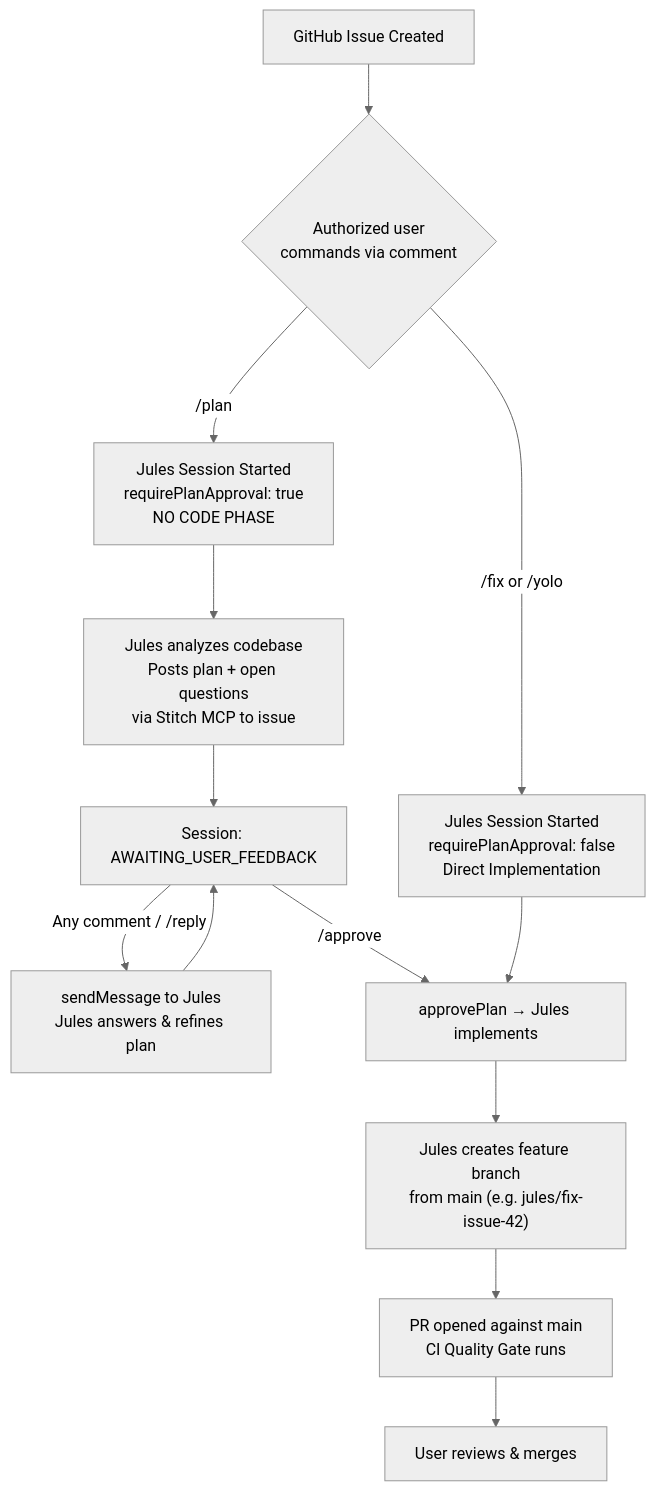
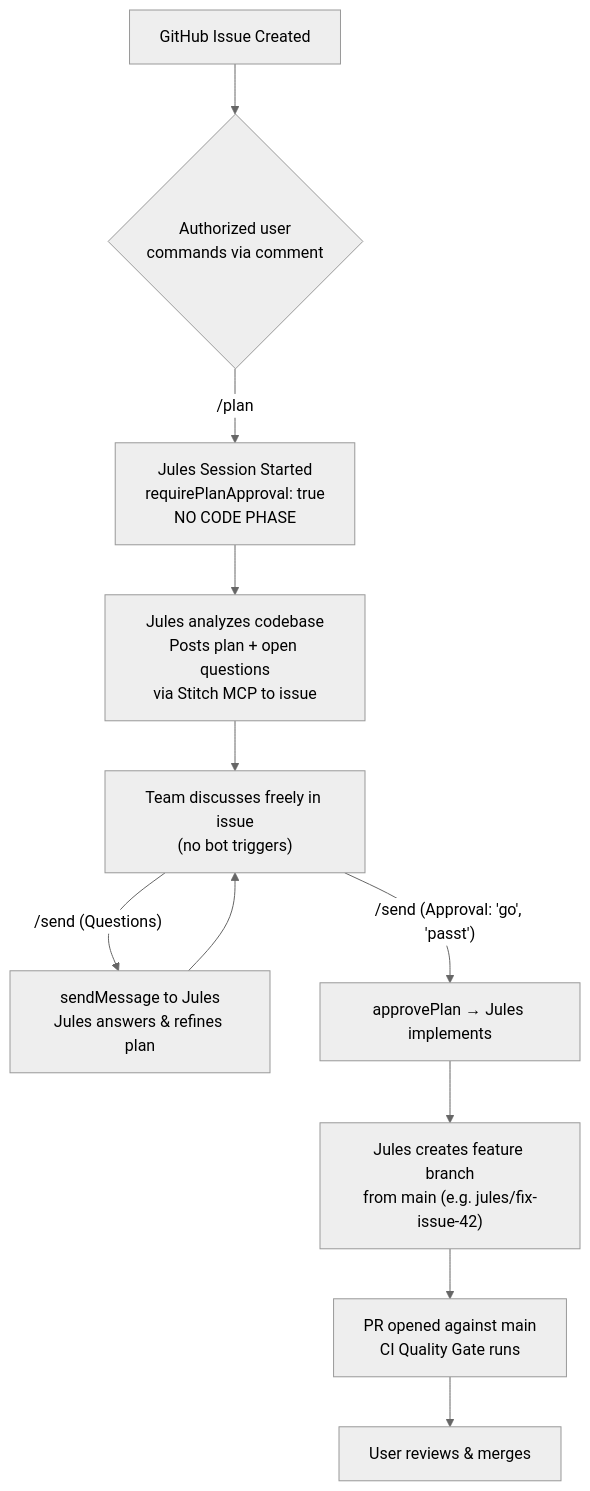
One commit to suitably/LocalGameGalaxy changed the diagram in docs/workflows/jules-pipeline-workflow.md. Above: the diagram before and after it, drawn with Mermaid (neutral theme). The commit also changed other lines of this file and 1 other file, not shown here.

Commit message:
feat(jules): simplify commands to /plan and /send with auto-approval detection

````diff
--- a/docs/workflows/jules-pipeline-workflow.md
+++ b/docs/workflows/jules-pipeline-workflow.md
@@ -18,18 +18,15 @@
 ```mermaid
 flowchart TD
     Issue["GitHub Issue Created"] --> Trigger{"Authorized user\ncommands via comment"}
     
     Trigger -->|/plan| PlanSession["Jules Session Started\nrequirePlanApproval: true\nNO CODE PHASE"]
     PlanSession --> JulesAnalyzes["Jules analyzes codebase\nPosts plan + open questions\nvia Stitch MCP to issue"]
-    JulesAnalyzes --> Waiting["Session: AWAITING_USER_FEEDBACK"]
-    Waiting -->|"Any comment / /reply"| SendMsg["sendMessage to Jules\nJules answers & refines plan"]
-    SendMsg --> Waiting
-    Waiting -->|"/approve"| ApprovePlan["approvePlan → Jules implements"]
-    
-    Trigger -->|"/fix or /yolo"| DirectFix["Jules Session Started\nrequirePlanApproval: false\nDirect Implementation"]
-    DirectFix --> ApprovePlan
+    JulesAnalyzes --> Discussing["Team discusses freely in issue\n(no bot triggers)"]
+    Discussing -->|"/send (Questions)"| SendMsg["sendMessage to Jules\nJules answers & refines plan"]
+    SendMsg --> Discussing
+    Discussing -->|"/send (Approval: 'go', 'passt')"| ApprovePlan["approvePlan → Jules implements"]
     
     ApprovePlan --> FeatureBranch["Jules creates feature branch\nfrom main (e.g. jules/fix-issue-42)"]
     FeatureBranch --> PRCI["PR opened against main\nCI Quality Gate runs"]
     PRCI --> UserMerge["User reviews & merges"]
 ```
````
